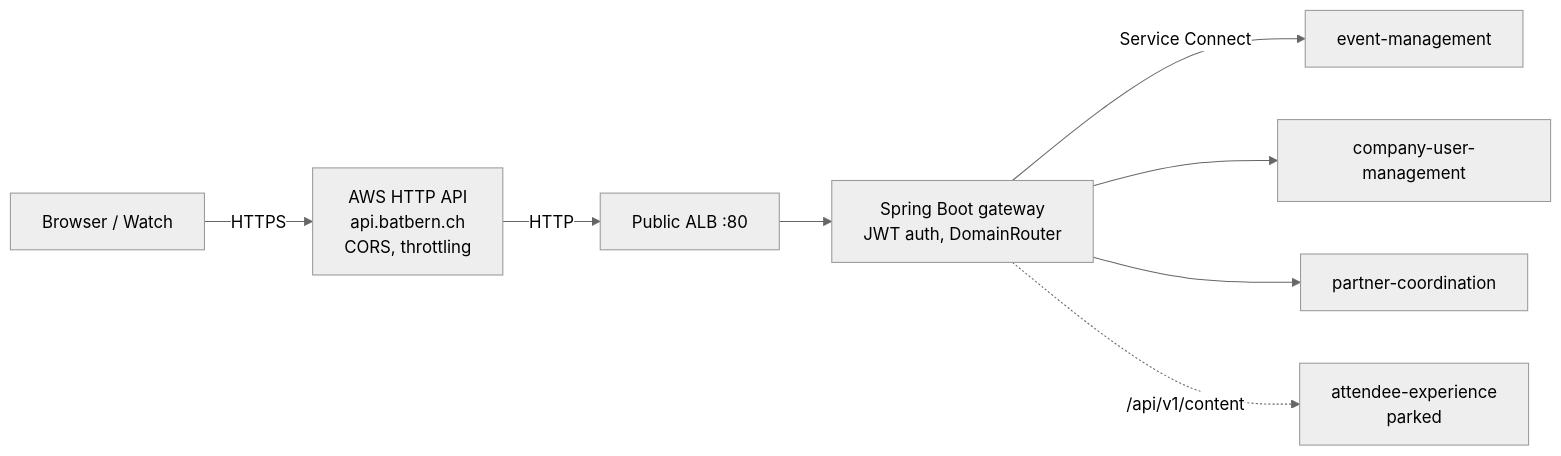
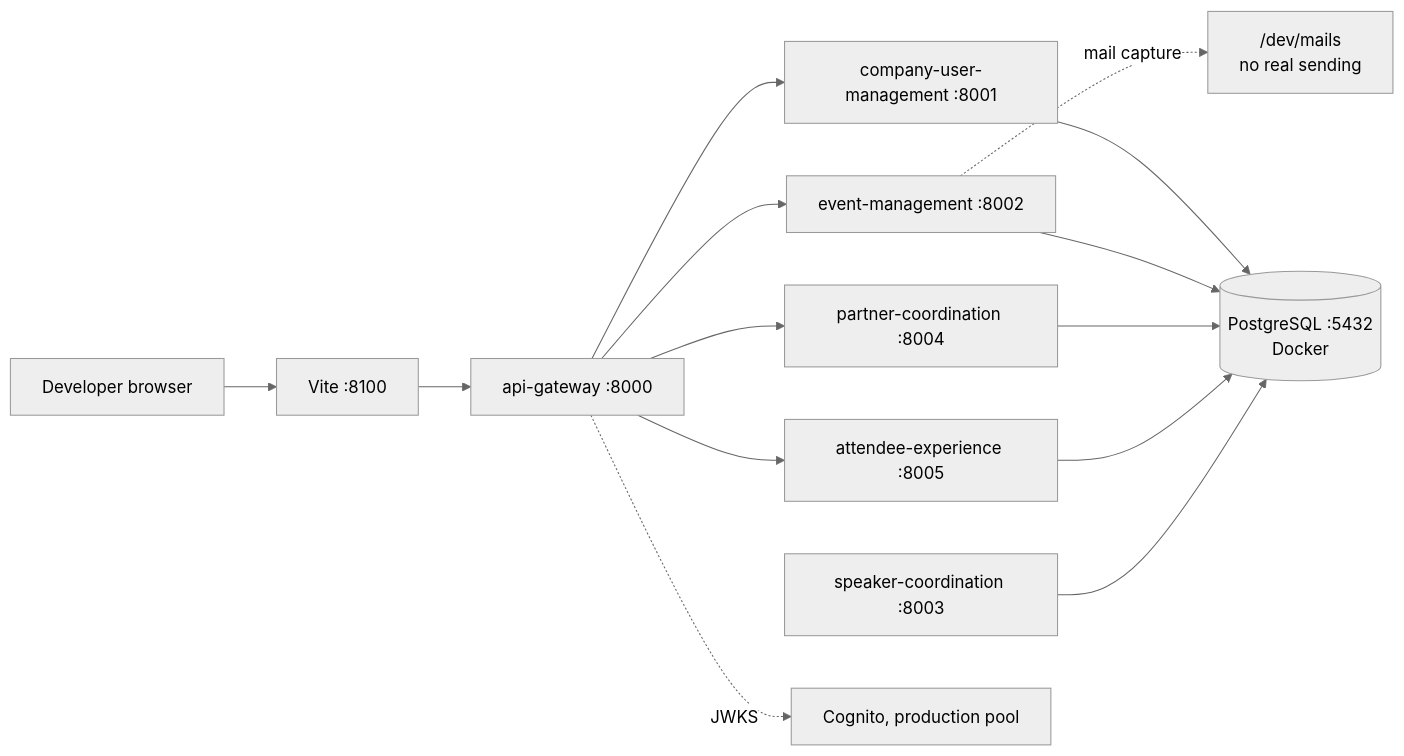
One commit to nissimbuchs/BATbern2 changed the fifth of 26 diagrams in docs/architecture/02-infrastructure-deployment.md. Above: the diagram before and after it, drawn with Mermaid (neutral theme). The commit also changed other lines of this file and 8 other files, not shown here.

````diff
--- a/docs/architecture/02-infrastructure-deployment.md
+++ b/docs/architecture/02-infrastructure-deployment.md
@@ -94,10 +243,13 @@
 ```mermaid
 graph LR
-    C[Browser / Watch] -->|HTTPS| H[AWS HTTP API<br/>api.batbern.ch<br/>CORS, throttling]
-    H -->|HTTP| ALB[Public ALB :80]
-    ALB --> GW[Spring Boot gateway<br/>JWT auth, DomainRouter]
-    GW -->|Service Connect| EMS[event-management]
-    GW --> CUMS[company-user-management]
-    GW --> PCS[partner-coordination]
-    GW -.->|/api/v1/content| AES[attendee-experience<br/>parked]
+    DEVR["Developer browser"] --> FE["Vite :8100"]
+    FE --> GW["api-gateway :8000"]
+    GW --> CUMS["company-user-management :8001"]
+    GW --> EMS["event-management :8002"]
+    GW --> PCS["partner-coordination :8004"]
+    GW --> AES["attendee-experience :8005"]
+    SCS["speaker-coordination :8003"]
+    CUMS & EMS & PCS & AES & SCS --> PG[("PostgreSQL :5432<br/>Docker")]
+    EMS -.->|"mail capture"| MAILS["/dev/mails<br/>no real sending"]
+    GW -.->|"JWKS"| COG["Cognito, production pool"]
 ```
````
